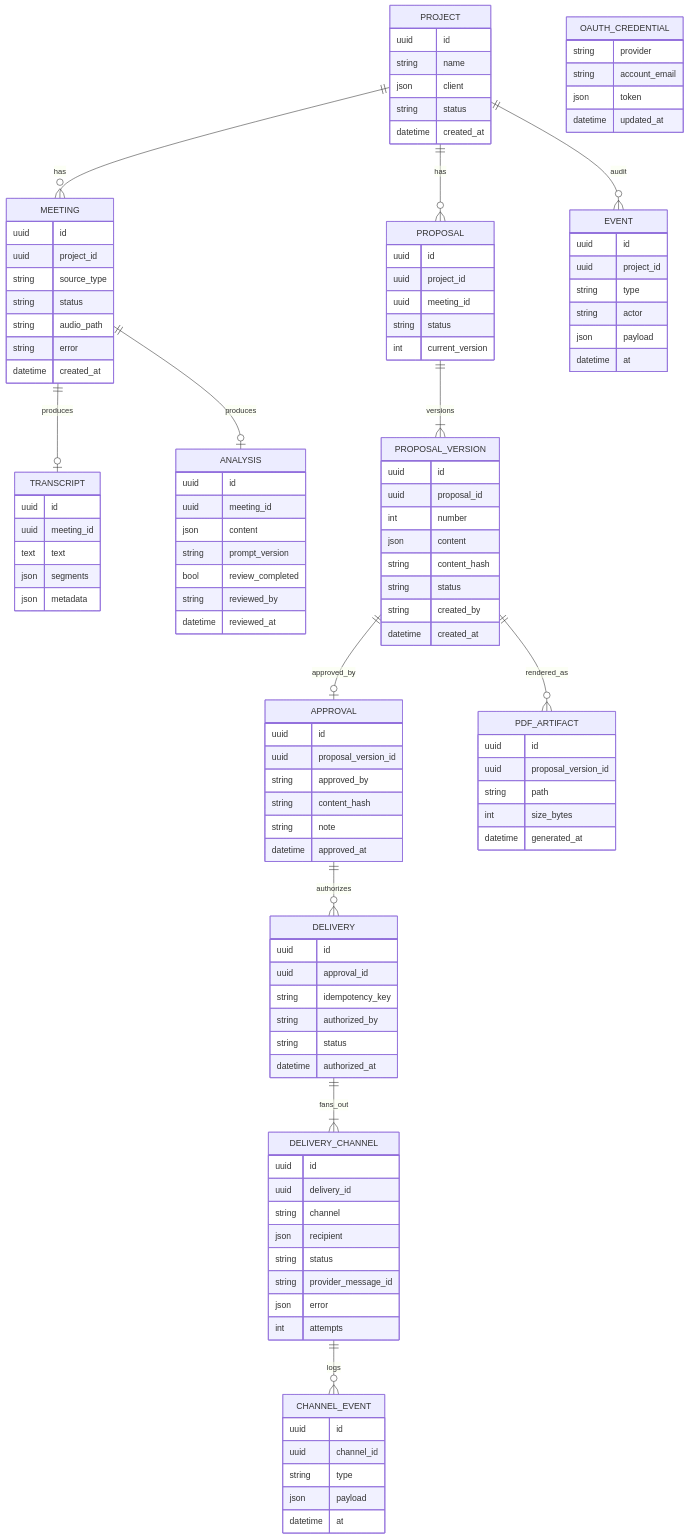
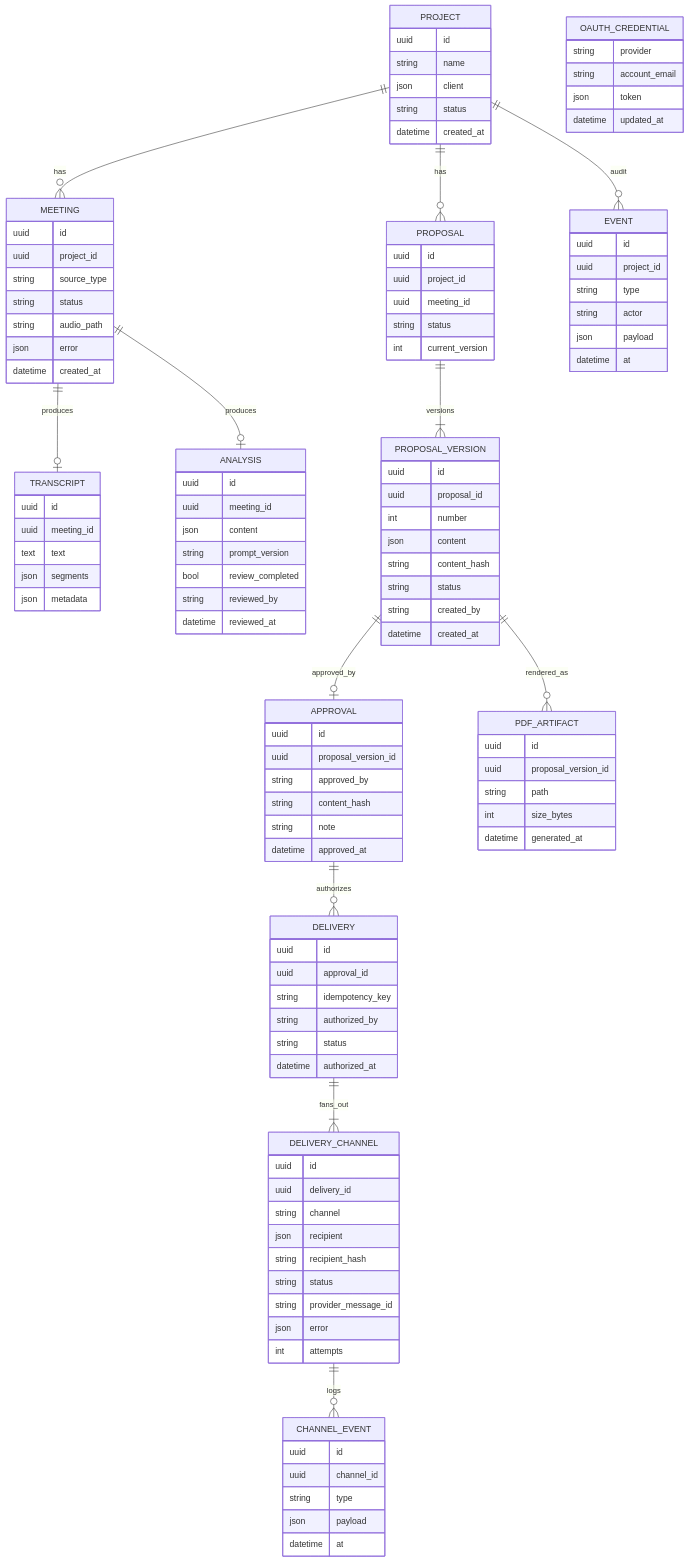
Before and after one commit to patrickmqs/hackathon2026: the second of 4 diagrams in docs/ARCHITECTURE.md, drawn with Mermaid. The commit also changed other lines of this file and 13 other files, not shown here.

First line of the commit message:
docs: migrar stack do backend para Node/TypeScript e adicionar roadmap por pessoa

````diff
--- a/docs/ARCHITECTURE.md
+++ b/docs/ARCHITECTURE.md
@@ -107,28 +125,28 @@
 ```mermaid
 erDiagram
     PROJECT ||--o{ MEETING : has
     PROJECT ||--o{ PROPOSAL : has
     MEETING ||--o| TRANSCRIPT : produces
     MEETING ||--o| ANALYSIS : produces
     PROPOSAL ||--|{ PROPOSAL_VERSION : versions
     PROPOSAL_VERSION ||--o| APPROVAL : approved_by
     PROPOSAL_VERSION ||--o{ PDF_ARTIFACT : rendered_as
     APPROVAL ||--o{ DELIVERY : authorizes
     DELIVERY ||--|{ DELIVERY_CHANNEL : fans_out
     DELIVERY_CHANNEL ||--o{ CHANNEL_EVENT : logs
     PROJECT ||--o{ EVENT : audit
 
     PROJECT { uuid id  string name  json client  string status  datetime created_at }
-    MEETING { uuid id  uuid project_id  string source_type  string status  string audio_path  string error  datetime created_at }
+    MEETING { uuid id  uuid project_id  string source_type  string status  string audio_path  json error  datetime created_at }
     TRANSCRIPT { uuid id  uuid meeting_id  text text  json segments  json metadata }
     ANALYSIS { uuid id  uuid meeting_id  json content  string prompt_version  bool review_completed  string reviewed_by  datetime reviewed_at }
     PROPOSAL { uuid id  uuid project_id  uuid meeting_id  string status  int current_version }
     PROPOSAL_VERSION { uuid id  uuid proposal_id  int number  json content  string content_hash  string status  string created_by  datetime created_at }
     APPROVAL { uuid id  uuid proposal_version_id  string approved_by  string content_hash  string note  datetime approved_at }
     PDF_ARTIFACT { uuid id  uuid proposal_version_id  string path  int size_bytes  datetime generated_at }
     DELIVERY { uuid id  uuid approval_id  string idempotency_key  string authorized_by  string status  datetime authorized_at }
-    DELIVERY_CHANNEL { uuid id  uuid delivery_id  string channel  json recipient  string status  string provider_message_id  json error  int attempts }
+    DELIVERY_CHANNEL { uuid id  uuid delivery_id  string channel  json recipient  string recipient_hash  string status  string provider_message_id  json error  int attempts }
     CHANNEL_EVENT { uuid id  uuid channel_id  string type  json payload  datetime at }
     EVENT { uuid id  uuid project_id  string type  string actor  json payload  datetime at }
     OAUTH_CREDENTIAL { string provider  string account_email  json token  datetime updated_at }
 ```
````
